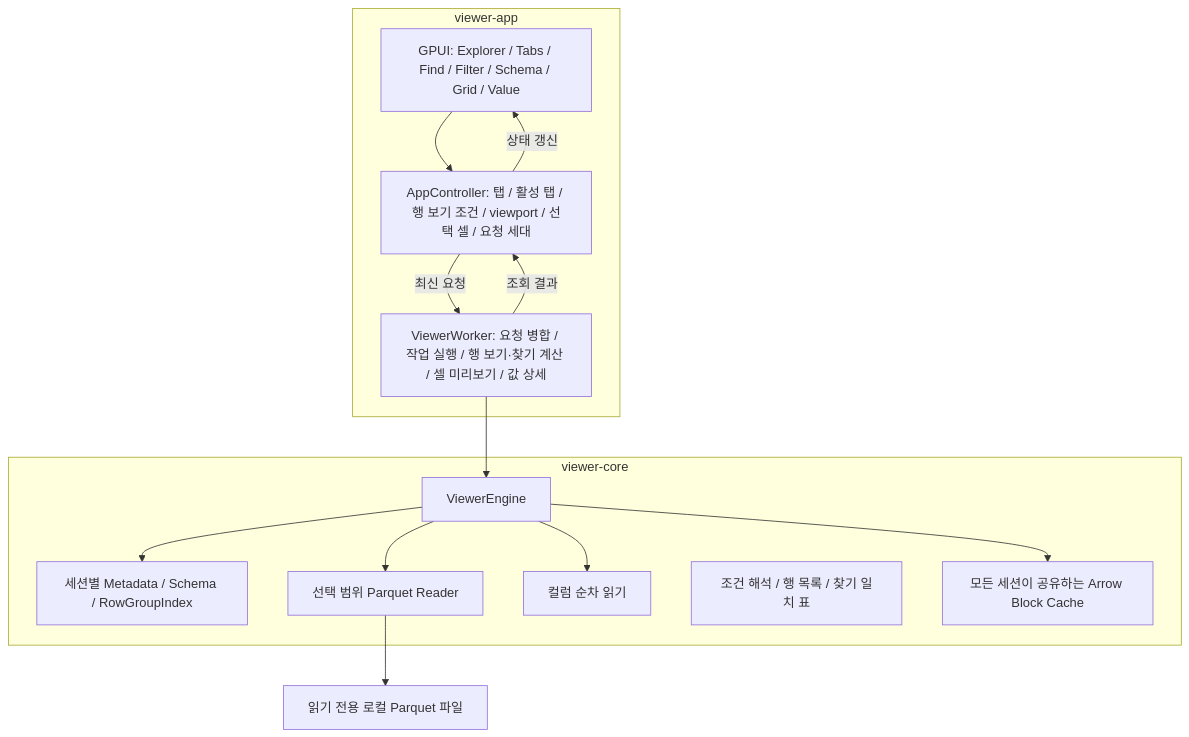
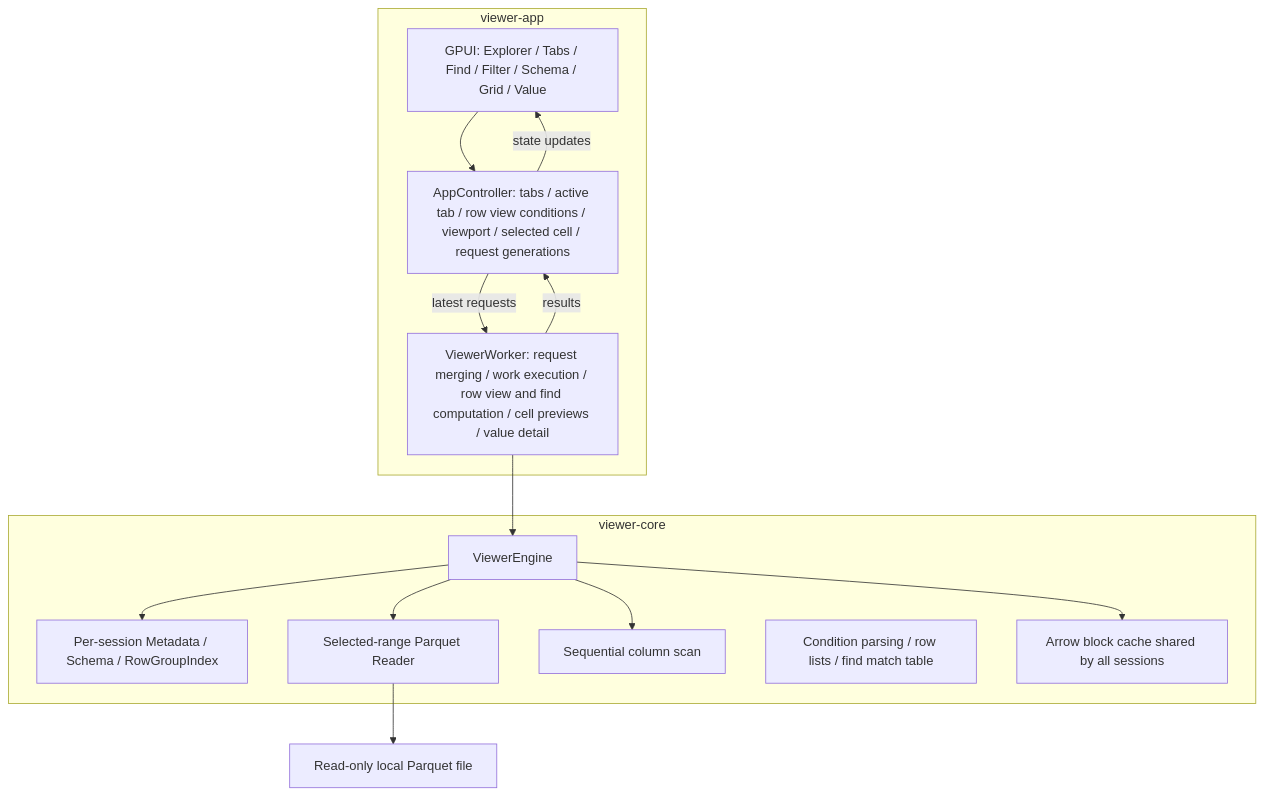
One commit to GreenWojaKK/TPUI changed the diagram in architecture.md. Above: the diagram before and after it, drawn with Mermaid. The commit also changed other lines of this file and 45 other files, not shown here.

````diff
--- a/architecture.md
+++ b/architecture.md
@@ -168,26 +172,26 @@
 ```mermaid
 flowchart TB
     subgraph App[viewer-app]
         UI[GPUI: Explorer / Tabs / Find / Filter / Schema / Grid / Value]
-        Controller[AppController: 탭 / 활성 탭 / 행 보기 조건 / viewport / 선택 셀 / 요청 세대]
-        Worker[ViewerWorker: 요청 병합 / 작업 실행 / 행 보기·찾기 계산 / 셀 미리보기 / 값 상세]
+        Controller[AppController: tabs / active tab / row view conditions / viewport / selected cell / request generations]
+        Worker[ViewerWorker: request merging / work execution / row view and find computation / cell previews / value detail]
         UI --> Controller
-        Controller -->|최신 요청| Worker
-        Worker -->|조회 결과| Controller
-        Controller -->|상태 갱신| UI
+        Controller -->|latest requests| Worker
+        Worker -->|results| Controller
+        Controller -->|state updates| UI
     end
     subgraph Core[viewer-core]
         Engine[ViewerEngine]
-        Metadata[세션별 Metadata / Schema / RowGroupIndex]
-        Reader[선택 범위 Parquet Reader]
-        Scan[컬럼 순차 읽기]
-        View[조건 해석 / 행 목록 / 찾기 일치 표]
-        Cache[모든 세션이 공유하는 Arrow Block Cache]
+        Metadata[Per-session Metadata / Schema / RowGroupIndex]
+        Reader[Selected-range Parquet Reader]
+        Scan[Sequential column scan]
+        View[Condition parsing / row lists / find match table]
+        Cache[Arrow block cache shared by all sessions]
         Engine --> Metadata
         Engine --> Reader
         Engine --> Scan
         Engine --> Cache
     end
     Worker --> Engine
-    Reader --> File[읽기 전용 로컬 Parquet 파일]
+    Reader --> File[Read-only local Parquet file]
 ```
````
